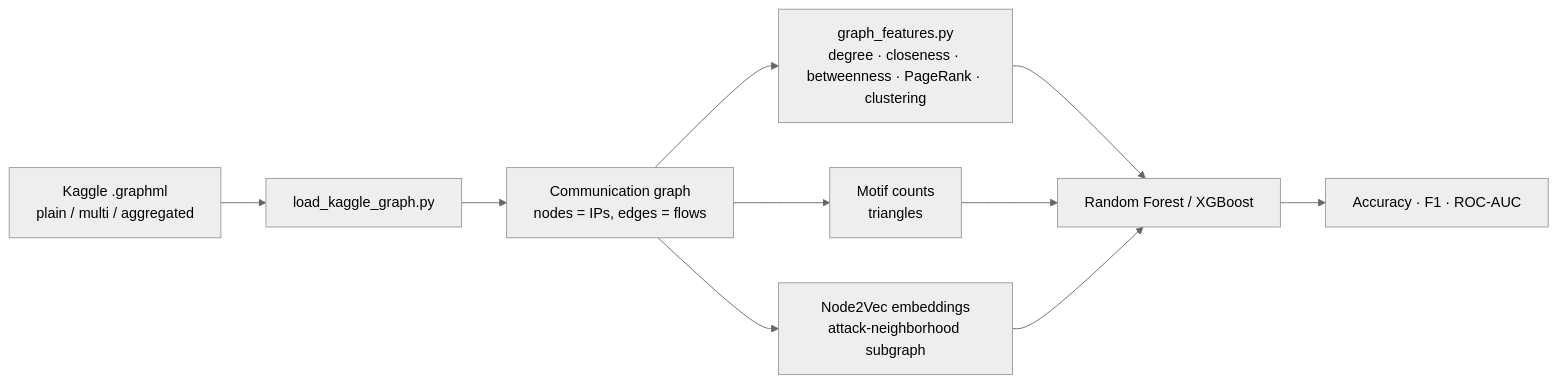
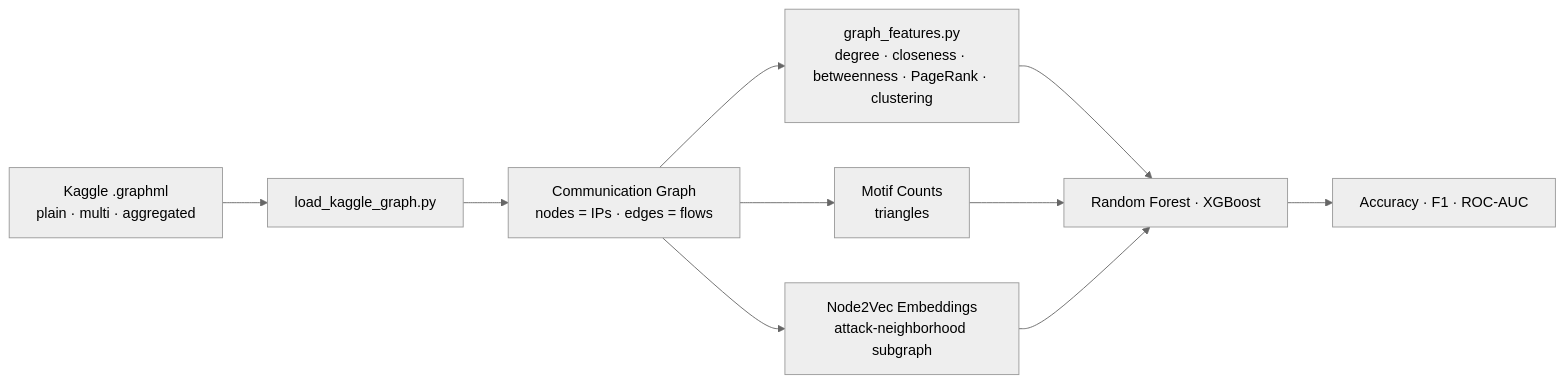
One commit to Mangesh-Bhattacharya/graph-based-network-intrusion-detection changed the diagram in README.md. Above: the diagram before and after it, drawn with Mermaid (neutral theme). The commit also changed other lines of this file, not shown here.

````diff
--- a/README.md
+++ b/README.md
@@ -87,12 +87,13 @@
 ```mermaid
 flowchart LR
-    K[Kaggle .graphml<br/>plain / multi / aggregated] --> L[load_kaggle_graph.py]
-    L --> C[Communication graph<br/>nodes = IPs, edges = flows]
+    K[Kaggle .graphml<br/>plain · multi · aggregated] --> L[load_kaggle_graph.py]
+    L --> C[Communication Graph<br/>nodes = IPs · edges = flows]
     C --> D[graph_features.py<br/>degree · closeness · betweenness · PageRank · clustering]
-    C --> E[Motif counts<br/>triangles]
-    C --> F[Node2Vec embeddings<br/>attack-neighborhood subgraph]
-    D --> G[Random Forest / XGBoost]
+    C --> E[Motif Counts<br/>triangles]
+    C --> F[Node2Vec Embeddings<br/>attack-neighborhood subgraph]
+    D --> G[Random Forest · XGBoost]
     E --> G
     F --> G
     G --> H[Accuracy · F1 · ROC-AUC]
+
 ```
````
